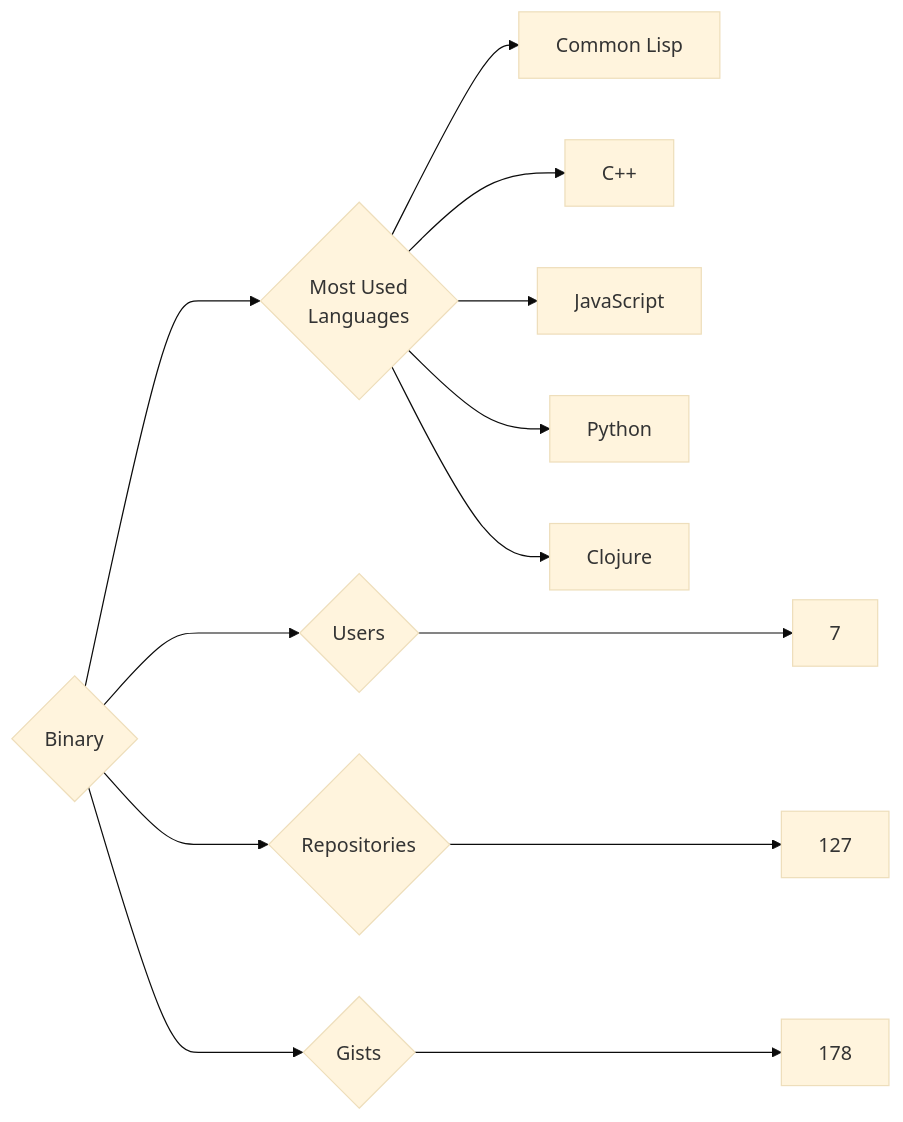
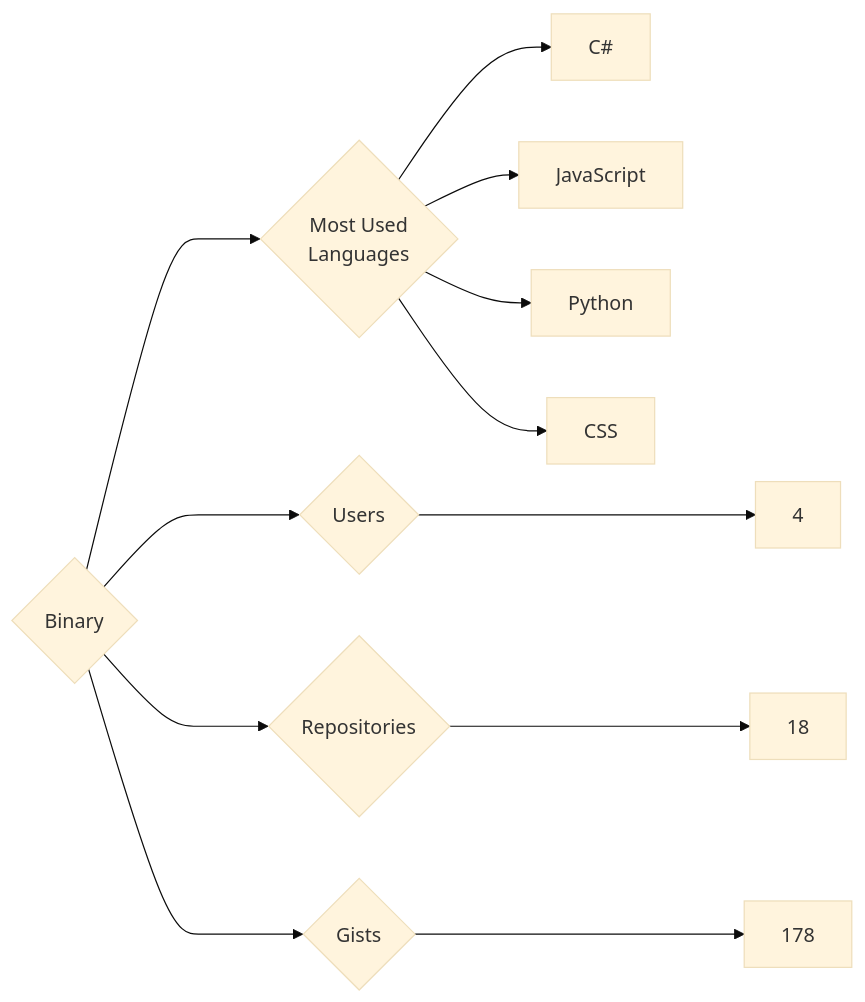
The diagram in targets/Binary/README.md (trickest/insiders), drawn with Mermaid (base theme) before and after one commit. The commit also changed 997 other files, not shown here.

````diff
--- a/targets/Binary/README.md
+++ b/targets/Binary/README.md
@@ -3,13 +3,12 @@
 ```mermaid
 graph LR
 COMPANY_NAME{Binary}
-COMPANY_NAME ---> U{Users} ---> UN[7]
-COMPANY_NAME ---> R{Repositories} ---> RN[127]
+COMPANY_NAME ---> U{Users} ---> UN[4]
+COMPANY_NAME ---> R{Repositories} ---> RN[18]
 COMPANY_NAME ---> G{Gists} ---> GN[178]
 COMPANY_NAME ---> ML{Most Used<br>Languages}
-ML --> Common_Lisp[Common Lisp]
-ML --> C++[C++]
+ML --> C#[C#]
 ML --> JavaScript[JavaScript]
 ML --> Python[Python]
-ML --> Clojure[Clojure]
+ML --> CSS[CSS]
 ```
````
